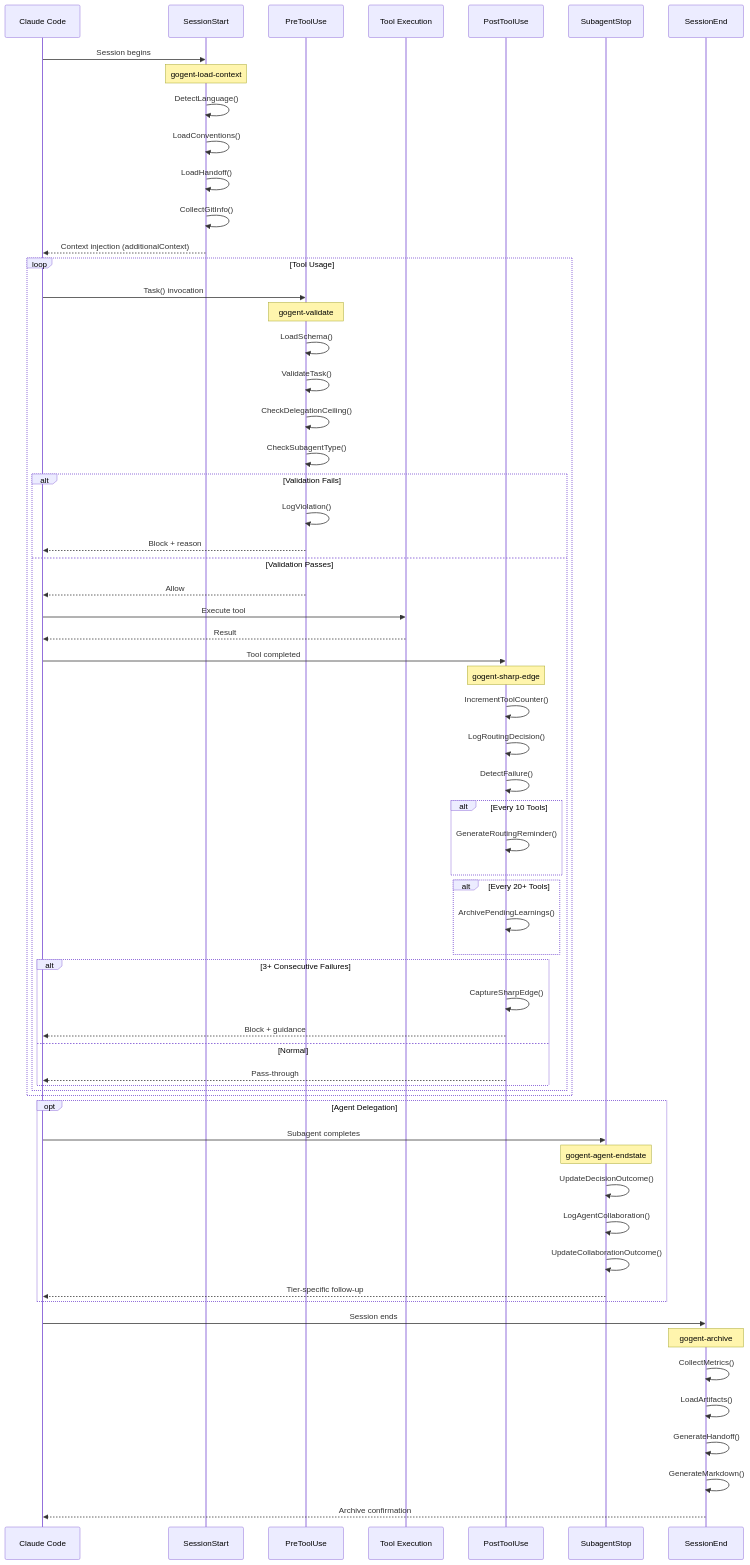
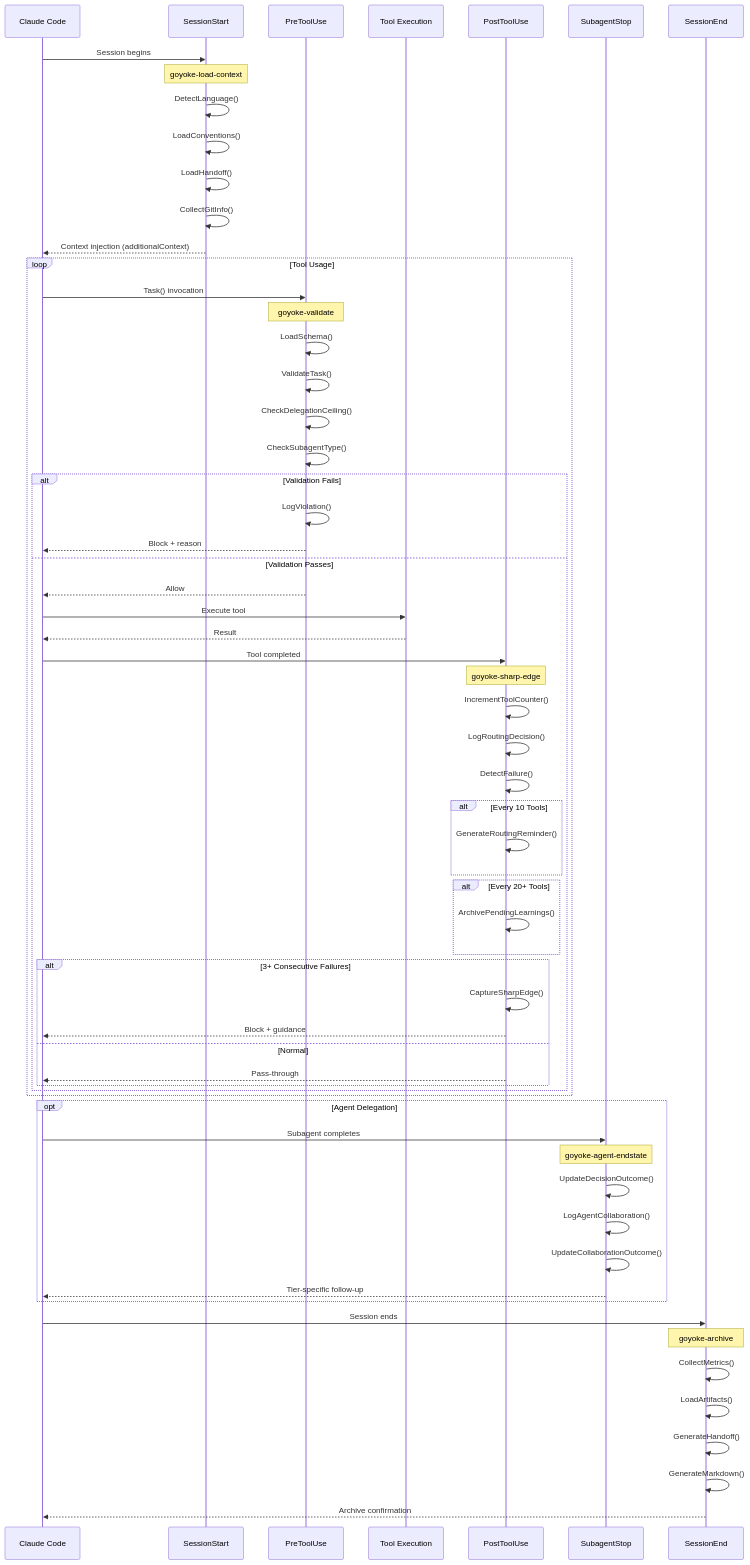
Before and after one commit to Bucket-Chemist/goYoke: the first of 6 diagrams in docs/systems-architecture-overview.md, drawn with Mermaid. The commit also changed other lines of this file and 90 other files, not shown here.

````diff
--- a/docs/systems-architecture-overview.md
+++ b/docs/systems-architecture-overview.md
@@ -156,74 +156,74 @@
 ```mermaid
 sequenceDiagram
     participant CC as Claude Code
     participant SS as SessionStart
     participant PT as PreToolUse
     participant Tool as Tool Execution
     participant PO as PostToolUse
     participant SA as SubagentStop
     participant SE as SessionEnd
 
     CC->>SS: Session begins
-    Note over SS: gogent-load-context
+    Note over SS: goyoke-load-context
     SS->>SS: DetectLanguage()
     SS->>SS: LoadConventions()
     SS->>SS: LoadHandoff()
     SS->>SS: CollectGitInfo()
     SS-->>CC: Context injection (additionalContext)
 
     loop Tool Usage
         CC->>PT: Task() invocation
-        Note over PT: gogent-validate
+        Note over PT: goyoke-validate
         PT->>PT: LoadSchema()
         PT->>PT: ValidateTask()
         PT->>PT: CheckDelegationCeiling()
         PT->>PT: CheckSubagentType()
 
         alt Validation Fails
             PT->>PT: LogViolation()
             PT-->>CC: Block + reason
         else Validation Passes
             PT-->>CC: Allow
             CC->>Tool: Execute tool
             Tool-->>CC: Result
 
             CC->>PO: Tool completed
-            Note over PO: gogent-sharp-edge
+            Note over PO: goyoke-sharp-edge
             PO->>PO: IncrementToolCounter()
             PO->>PO: LogRoutingDecision()
             PO->>PO: DetectFailure()
 
             alt Every 10 Tools
                 PO->>PO: GenerateRoutingReminder()
             end
 
             alt Every 20+ Tools
                 PO->>PO: ArchivePendingLearnings()
             end
 
             alt 3+ Consecutive Failures
                 PO->>PO: CaptureSharpEdge()
                 PO-->>CC: Block + guidance
             else Normal
                 PO-->>CC: Pass-through
             end
         end
     end
 
     opt Agent Delegation
         CC->>SA: Subagent completes
-        Note over SA: gogent-agent-endstate
+        Note over SA: goyoke-agent-endstate
         SA->>SA: UpdateDecisionOutcome()
         SA->>SA: LogAgentCollaboration()
         SA->>SA: UpdateCollaborationOutcome()
         SA-->>CC: Tier-specific follow-up
     end
 
     CC->>SE: Session ends
-    Note over SE: gogent-archive
+    Note over SE: goyoke-archive
     SE->>SE: CollectMetrics()
     SE->>SE: LoadArtifacts()
     SE->>SE: GenerateHandoff()
     SE->>SE: GenerateMarkdown()
     SE-->>CC: Archive confirmation
 ```
````
